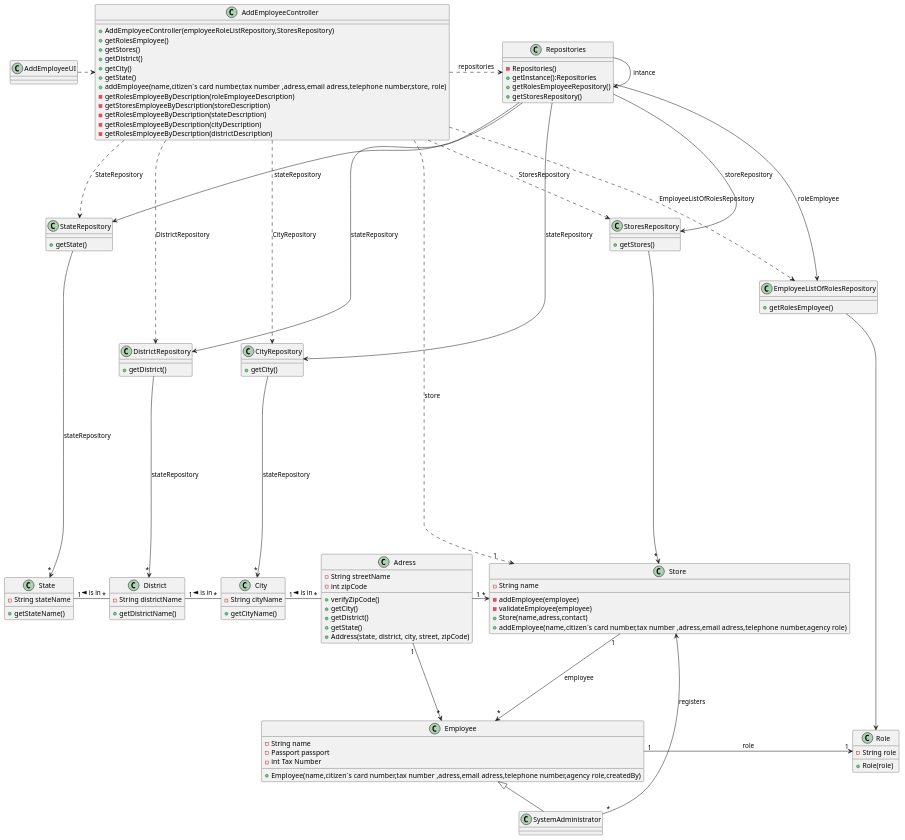
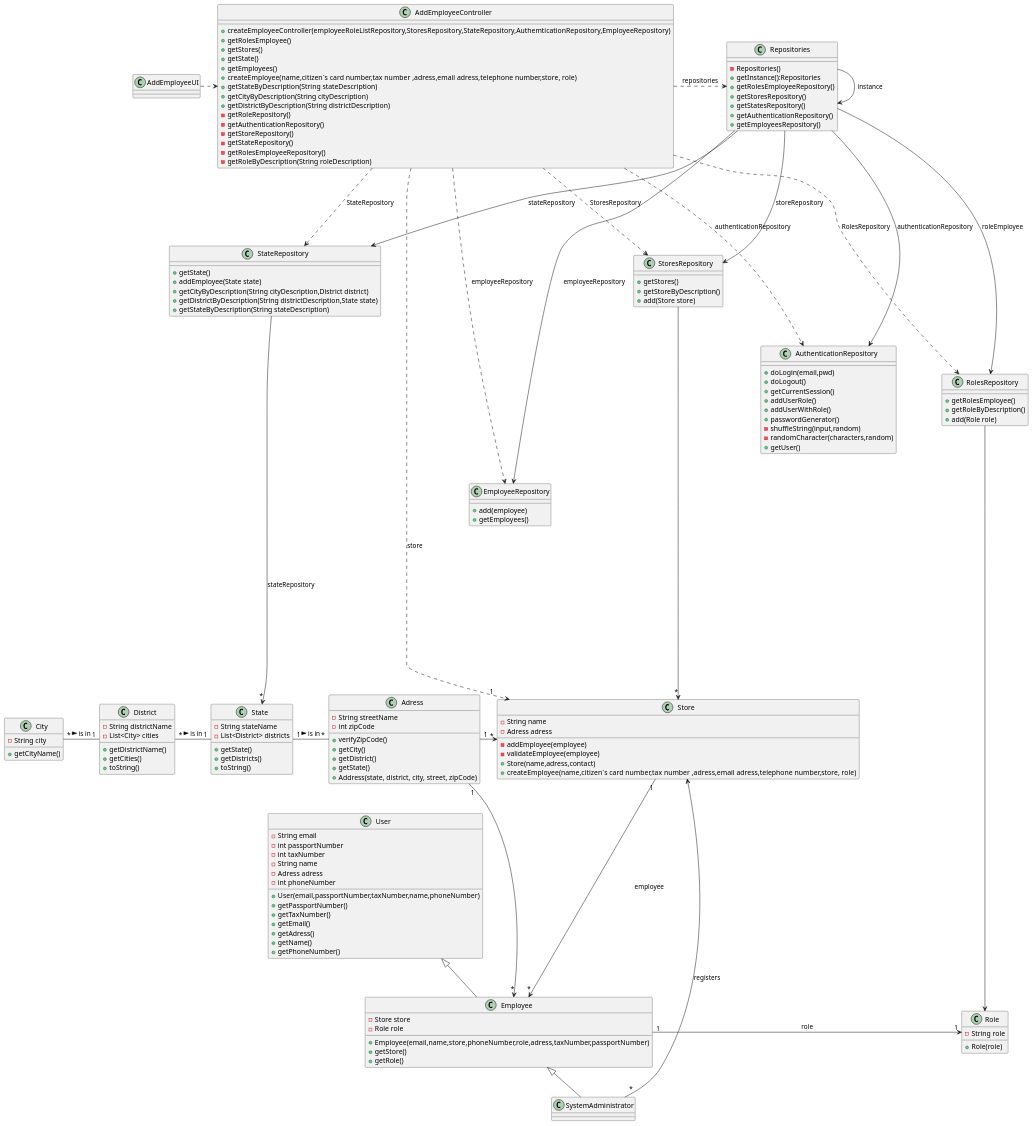
Before and after one commit to PureNimble/ISEP-LAPR2: the diagram in docs/sprintB/US03/03.design/puml/us01-class-diagram.puml, drawn with PlantUML. The commit also changed 2 other files, not shown here.

```diff
--- a/docs/sprintB/US03/03.design/puml/us01-class-diagram.puml
+++ b/docs/sprintB/US03/03.design/puml/us01-class-diagram.puml
@@ -15,11 +15,17 @@
 
 class Role
 
+class AuthenticationRepository
+
+class User
+
+class EmployeeRepository
+
 class SystemAdministrator
 
 class StoresRepository
 
-class EmployeeListOfRolesRepository
+class RolesRepository
 
 class State
 
@@ -29,37 +35,51 @@
 
 class StateRepository
 
-class DistrictRepository
+class EmployeeRepository{
++add(employee)
++getEmployees()
+}
 
-class CityRepository
+class AuthenticationRepository{
++doLogin(email,pwd)
++doLogout()
++getCurrentSession()
++addUserRole()
++addUserWithRole()
++passwordGenerator()
+-shuffleString(input,random)
+-randomCharacter(characters,random)
++getUser()
+}
 
 class StateRepository{
 +getState()
-}
-
-class DistrictRepository{
-+getDistrict()
-}
-
-
-class CityRepository{
-+getCity()
++addEmployee(State state)
++getCityByDescription(String cityDescription,District district)
++getDistrictByDescription(String districtDescription,State state)
++getStateByDescription(String stateDescription)
 }
 
 class State{
  - String stateName
+ - List<District> districts
+    +getState()
+    +getDistricts()
+    +toString()
 
-    +getStateName()
 }
 
 class District{
 - String districtName
+- List<City> cities
 
     +getDistrictName()
+    +getCities()
+    +toString()
 }
 
 class City{
-- String cityName
+- String city
 
     +getCityName()
 }
@@ -84,19 +104,24 @@
 }
 
 class Employee{
--String name
--Passport passport
--int Tax Number
-+Employee(name,citizen´s card number,tax number ,adress,email adress,telephone number,agency  role,createdBy)
+-Store store
+-Role role
++Employee(email,name,store,phoneNumber,role,adress,taxNumber,passportNumber)
++getStore()
++getRole()
 }
 
 class StoresRepository{
 +getStores()
++getStoreByDescription()
++add(Store store)
 
 }
 
-class EmployeeListOfRolesRepository{
+class RolesRepository{
 +getRolesEmployee()
++getRoleByDescription()
++add(Role role)
 
 }
 
@@ -104,18 +129,21 @@
 }
 
 class AddEmployeeController{
-+AddEmployeeController(employeeRoleListRepository,StoresRepository)
++createEmployeeController(employeeRoleListRepository,StoresRepository,StateRepository,AuthemticationRepository,EmployeeRepository)
 +getRolesEmployee()
 +getStores()
-+getDistrict()
-+getCity()
 +getState()
-+addEmployee(name,citizen´s card number,tax number ,adress,email adress,telephone number,store, role)
--getRolesEmployeeByDescription(roleEmployeeDescription)
--getStoresEmployeeByDescription(storeDescription)
--getRolesEmployeeByDescription(stateDescription)
--getRolesEmployeeByDescription(cityDescription)
--getRolesEmployeeByDescription(districtDescription)
++getEmployees()
++createEmployee(name,citizen´s card number,tax number ,adress,email adress,telephone number,store, role)
++getStateByDescription(String stateDescription)
++getCityByDescription(String cityDescription)
++getDistrictByDescription(String districtDescription)
+-getRoleRepository()
+-getAuthenticationRepository()
+-getStoreRepository()
+-getStateRepository()
+-getRolesEmployeeRepository()
+-getRoleByDescription(String roleDescription)
 }
 
 class Repositories{
@@ -123,14 +151,35 @@
 +getInstance():Repositories
 +getRolesEmployeeRepository()
 +getStoresRepository()
++getStatesRepository()
++getAuthenticationRepository()
++getEmployeesRepository()
+}
+
+class User{
+- String email
+- int passportNumber
+- int taxNumber
+- String name
+- Adress adress
+- int phoneNumber
+
++User(email,passportNumber,taxNumber,name,phoneNumber)
++getPassportNumber()
++getTaxNumber()
++getEmail()
++getAdress()
++getName()
++getPhoneNumber()
 }
 
 class Store{
 -String name
+-Adress adress
 -addEmployee(employee)
 -validateEmployee(employee)
 +Store(name,adress,contact)
-+addEmployee(name,citizen´s card number,tax number ,adress,email adress,telephone number,agency  role)
++createEmployee(name,citizen´s card number,tax number ,adress,email adress,telephone number,store, role)
 }
 
 
@@ -138,23 +187,27 @@
 
 AddEmployeeController ..> "1" Store : store
 
-AddEmployeeController ...> EmployeeListOfRolesRepository :EmployeeListOfRolesRepository
+AddEmployeeController ...> EmployeeRepository : employeeRepository
 
-AddEmployeeController ..> StoresRepository : StoresRepository
+AddEmployeeController ...> AuthenticationRepository : authenticationRepository
+
+AddEmployeeController ...> RolesRepository :RolesRepository
+
+AddEmployeeController .-left.> StoresRepository : StoresRepository
 
 AddEmployeeController ...> StateRepository : StateRepository
 
-AddEmployeeController ...> CityRepository : CityRepository
-
-AddEmployeeController ...> DistrictRepository : DistrictRepository
-
 Store "1" ---> "*" Employee : employee
 
-Repositories -> Repositories:intance
+Repositories -> Repositories:instance
+
+Repositories -----> EmployeeRepository: employeeRepository
+
+Repositories ----> AuthenticationRepository: authenticationRepository
 
 Repositories ---> StoresRepository: storeRepository
 
-Repositories ----> EmployeeListOfRolesRepository:roleEmployee
+Repositories ----> RolesRepository:roleEmployee
 
 AddEmployeeController .>  Repositories : repositories
 
@@ -164,7 +217,7 @@
 
 Store <- "*" SystemAdministrator : registers
 
-EmployeeListOfRolesRepository ---> Role
+RolesRepository ---> Role
 
 Employee "1" -> "1" Role : role
 
@@ -172,26 +225,19 @@
 
 Adress "1" --> "*" Employee
 
-Adress "*" -left- "1" City:is in >
+Adress "*" -left- "1" State:is in <
 
-City "*" -left- "1" District : is in >
+State "1" -left- "*" District : is in <
 
-District "*" -left- "1" State : is in >
+District "1" -left- "*" City : is in <
 
+
+User <|-- Employee
 
 
 Repositories -> StateRepository: stateRepository
 
-Repositories -----> CityRepository : stateRepository
-
-Repositories -----> DistrictRepository: stateRepository
-
 StateRepository --------> "*" State : stateRepository
 
-DistrictRepository ------> "*" District : stateRepository
-
-CityRepository ------> "*" City : stateRepository
-
-StateRepository -left[hidden].> StateRepository
 
 @enduml
```
